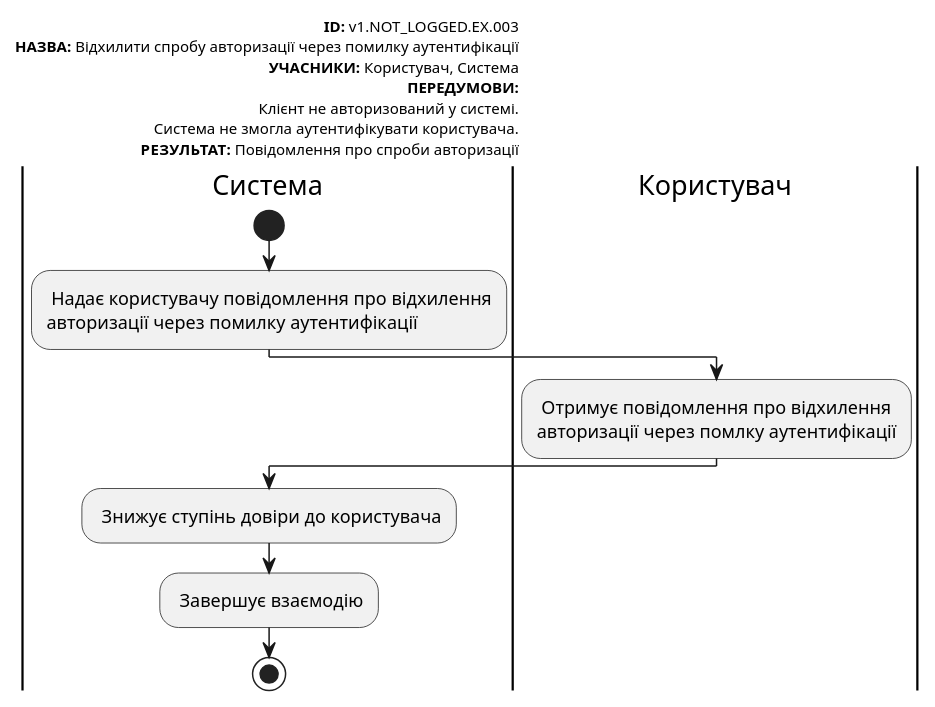
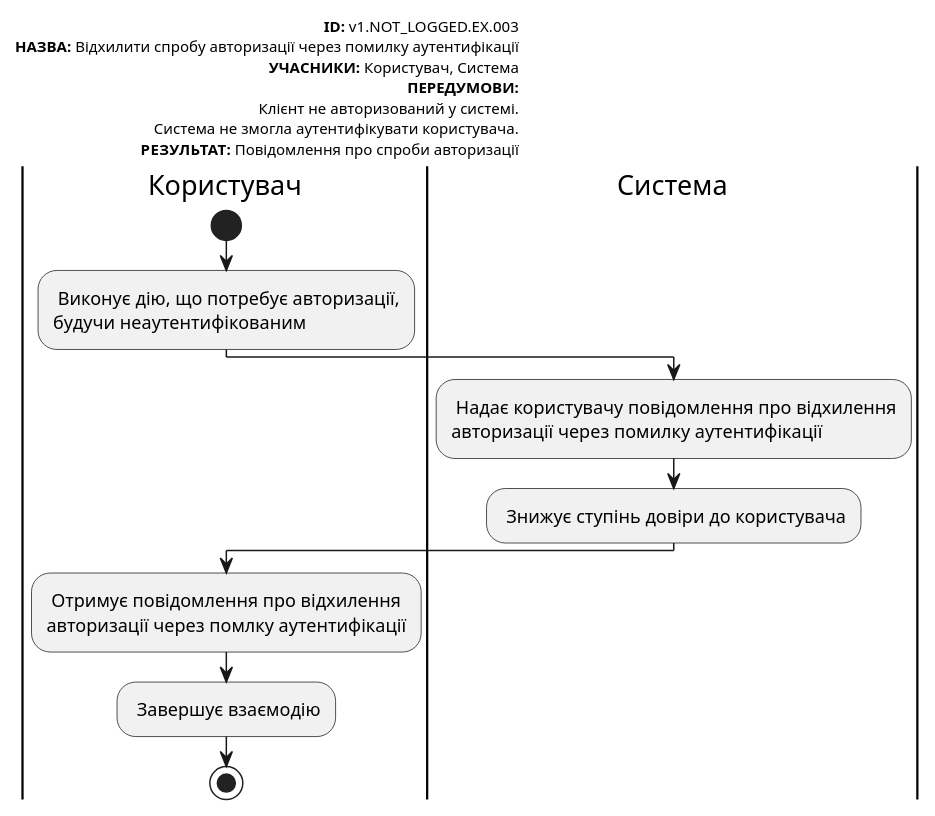
Diagram 22 of 22 in docs/use cases/README.md (danilbezus/survey-expert), drawn with PlantUML before and after one commit. The commit also changed other lines of this file, not shown here.

```diff
--- a/docs/use cases/README.md
+++ b/docs/use cases/README.md
@@ -979,28 +1090,28 @@
 @startuml
 
     left header
          <font color=000 size=10><b>ID:</b> v1.NOT_LOGGED.EX.003
          <font color=000 size=10><b>НАЗВА:</b> Відхилити спробу авторизації через помилку аутентифікації
          <font color=000 size=10><b>УЧАСНИКИ:</b> Користувач, Система
          <font color=000 size=10><b>ПЕРЕДУМОВИ:</b>
          <font color=000 size=10>Клієнт не авторизований у системі.
          <font color=000 size=10>Система не змогла аутентифікувати користувача.
          <font color=000 size=10><b>РЕЗУЛЬТАТ:</b> Повідомлення про спроби авторизації
      end header
-
+             
+     |Користувач|
+         start
+         : Виконує дію, що потребує авторизації, 
+         будучи неаутентифікованим;
      |Система|
-         start
          : Надає користувачу повідомлення про відхилення
-         авторизації через помилку аутентифікації;
-
+         авторизації через помилку аутентифікації;  
+         : Знижує ступінь довіри до користувача;  
+             
      |Користувач|
          : Отримує повідомлення про відхилення
          авторизації через помлку аутентифікації;
-
-     |Система|
-         : Знижує ступінь довіри до користувача;
-
          : Завершує взаємодію;
          stop;
 
 @enduml
```
